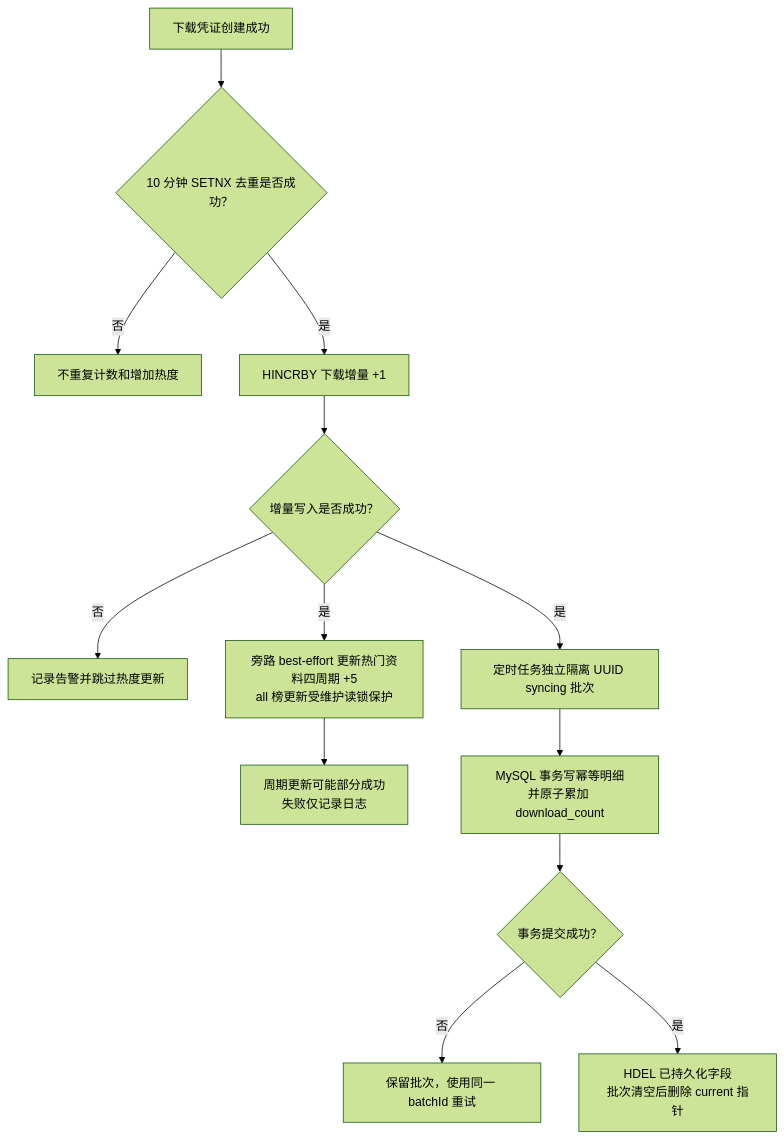
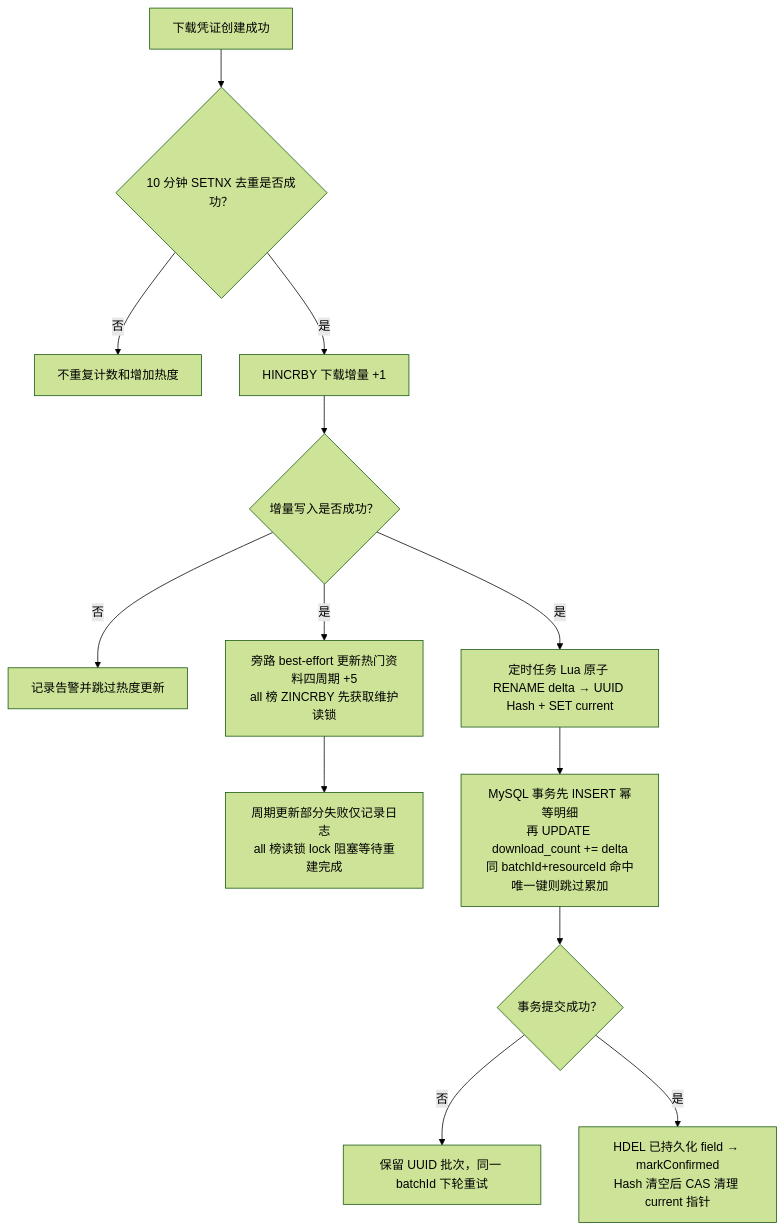
Before and after one commit to clear48/campus-resource-platform: the first of 4 diagrams in docs/modules/09-rank-development-process.md, drawn with Mermaid (forest theme). The commit also changed other lines of this file, not shown here.

Commit message:
docs(rank): correct Redis key descriptions, lock mechanisms, and outdated status markers in rank development process

````diff
--- a/docs/modules/09-rank-development-process.md
+++ b/docs/modules/09-rank-development-process.md
@@ -382,15 +405,15 @@
 ```mermaid
 flowchart TD
     A["下载凭证创建成功"] --> B{"10 分钟 SETNX 去重是否成功？"}
     B -- "否" --> C["不重复计数和增加热度"]
     B -- "是" --> D["HINCRBY 下载增量 +1"]
     D --> E{"增量写入是否成功？"}
     E -- "否" --> F["记录告警并跳过热度更新"]
-    E -- "是" --> G["旁路 best-effort 更新热门资料四周期 +5<br/>all 榜更新受维护读锁保护"]
-    E -- "是" --> H["定时任务独立隔离 UUID syncing 批次"]
-    G --> G1["周期更新可能部分成功<br/>失败仅记录日志"]
-    H --> I["MySQL 事务写幂等明细<br/>并原子累加 download_count"]
+    E -- "是" --> G["旁路 best-effort 更新热门资料四周期 +5<br/>all 榜 ZINCRBY 先获取维护读锁"]
+    E -- "是" --> H["定时任务 Lua 原子 RENAME delta → UUID Hash + SET current"]
+    G --> G1["周期更新部分失败仅记录日志<br/>all 榜读锁 lock 阻塞等待重建完成"]
+    H --> I["MySQL 事务先 INSERT 幂等明细<br/>再 UPDATE download_count += delta<br/>同 batchId+resourceId 命中唯一键则跳过累加"]
     I --> J{"事务提交成功？"}
-    J -- "否" --> K["保留批次，使用同一 batchId 重试"]
-    J -- "是" --> L["HDEL 已持久化字段<br/>批次清空后删除 current 指针"]
+    J -- "否" --> K["保留 UUID 批次，同一 batchId 下轮重试"]
+    J -- "是" --> L["HDEL 已持久化 field → markConfirmed<br/>Hash 清空后 CAS 清理 current 指针"]
 ```
````
